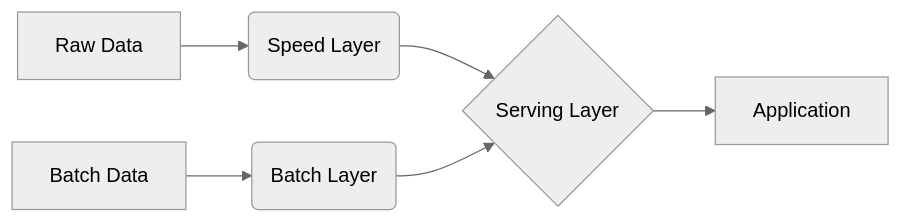
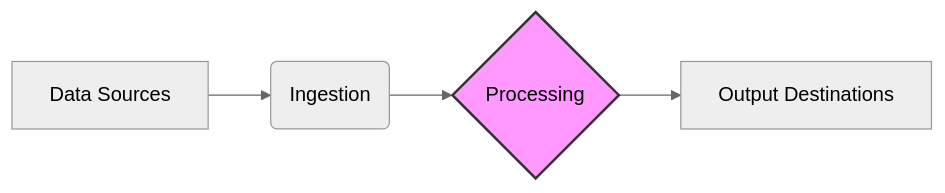
One commit to muthuspark/system-design changed the first of 2 diagrams in posts/real-time-systems/stream-processing/index.qmd. Above: the diagram before and after it, drawn with Mermaid (neutral theme). The commit also changed other lines of this file and 265 other files, not shown here.

````diff
--- a/posts/real-time-systems/stream-processing/index.qmd
+++ b/posts/real-time-systems/stream-processing/index.qmd
@@ -26,8 +20,7 @@
 ```{mermaid}
 graph LR
-    A[Raw Data] --> B(Speed Layer);
-    B --> C{Serving Layer};
-    D[Batch Data] --> E(Batch Layer);
-    E --> C;
-    C --> F[Application];
+    A[Data Sources] --> B(Ingestion);
+    B --> C{Processing};
+    C --> D[Output Destinations];
+    style C fill:#f9f,stroke:#333,stroke-width:2px
 ```
````
